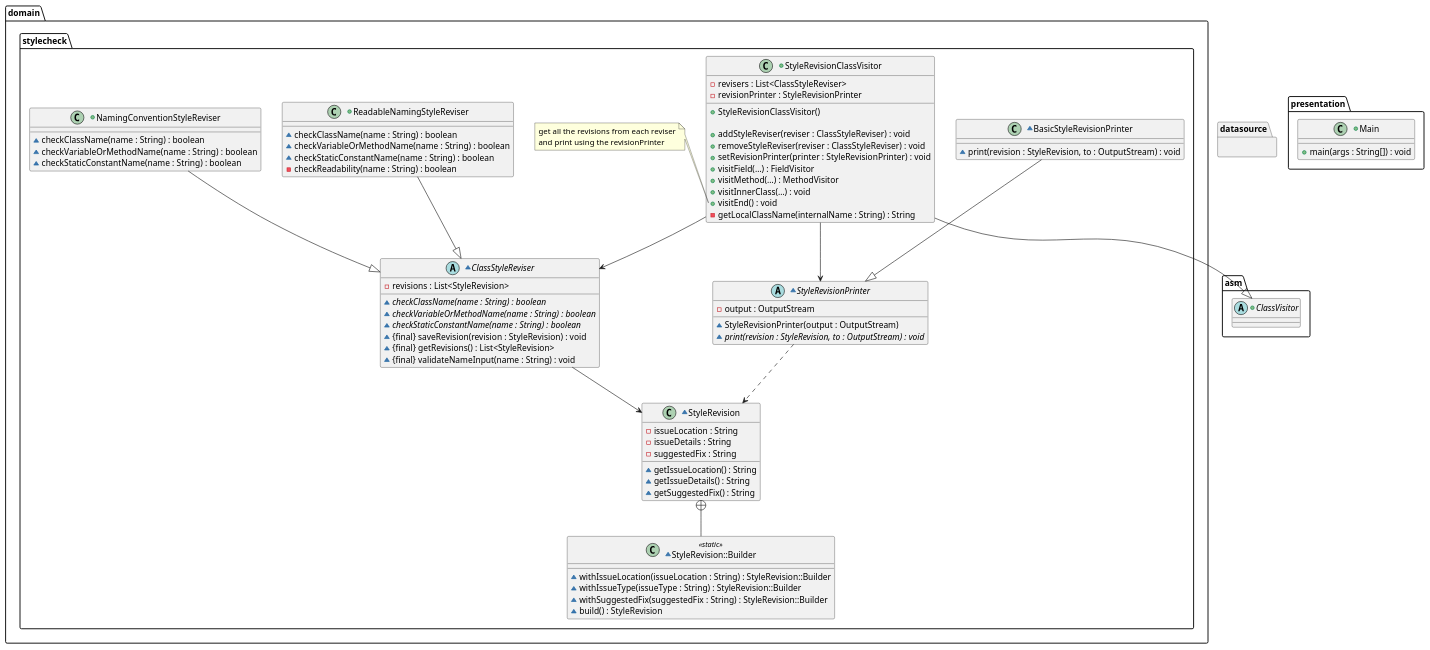
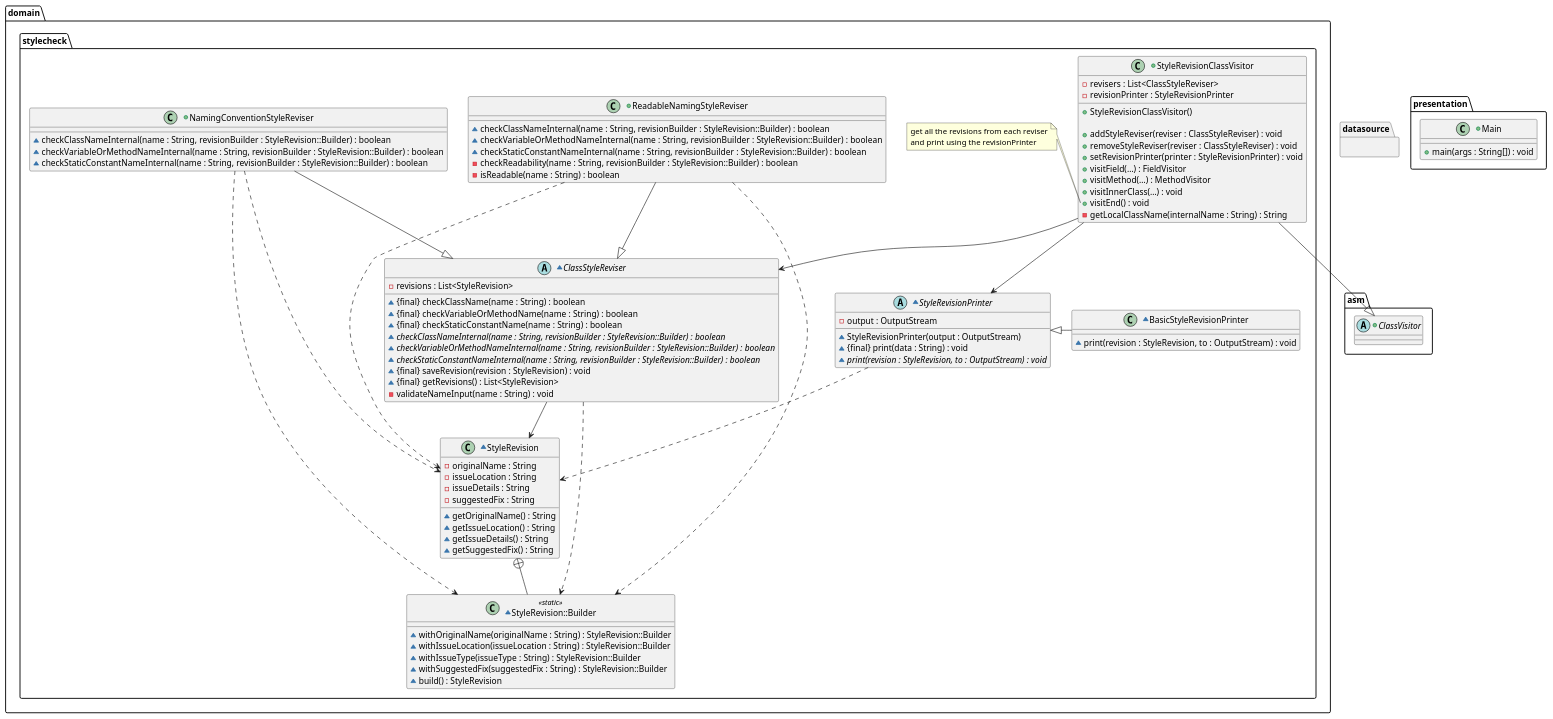
Before and after one commit to nu-cs-sw-design/project-20252601-xk-final: the diagram in docs/design/design.puml, drawn with PlantUML. The commit also changed 7 other files, not shown here.

Commit message:
Refactored some stylecheck classes to reduce code duplication; implemented bare-bones name readability check

```diff
--- a/docs/design/design.puml
+++ b/docs/design/design.puml
@@ -1,117 +1,130 @@
 @startuml
 package presentation
 {
     +class Main
     {
         +main(args : String[]) : void
     }
 }
 
 package domain
 {
     package stylecheck
     {
         +class StyleRevisionClassVisitor
         {
             -revisers : List<ClassStyleReviser>
             -revisionPrinter : StyleRevisionPrinter
 
             +StyleRevisionClassVisitor()
 
             +addStyleReviser(reviser : ClassStyleReviser) : void
             +removeStyleReviser(reviser : ClassStyleReviser) : void
             +setRevisionPrinter(printer : StyleRevisionPrinter) : void
             +visitField(…) : FieldVisitor
             +visitMethod(…) : MethodVisitor
             +visitInnerClass(…) : void
             +visitEnd() : void
             -getLocalClassName(internalName : String) : String
         }
         note left of StyleRevisionClassVisitor::visitEnd
           get all the revisions from each reviser
           and print using the revisionPrinter
         end note
 
         ~abstract class ClassStyleReviser
         {
             -revisions : List<StyleRevision>
 
-            ~{abstract} checkClassName(name : String) : boolean
-            ~{abstract} checkVariableOrMethodName(name : String) : boolean
-            ~{abstract} checkStaticConstantName(name : String) : boolean
+            ~{final} checkClassName(name : String) : boolean
+            ~{final} checkVariableOrMethodName(name : String) : boolean
+            ~{final} checkStaticConstantName(name : String) : boolean
+            ~{abstract} checkClassNameInternal(name : String, revisionBuilder : StyleRevision::Builder) : boolean
+            ~{abstract} checkVariableOrMethodNameInternal(name : String, revisionBuilder : StyleRevision::Builder) : boolean
+            ~{abstract} checkStaticConstantNameInternal(name : String, revisionBuilder : StyleRevision::Builder) : boolean
             ~{final} saveRevision(revision : StyleRevision) : void
             ~{final} getRevisions() : List<StyleRevision>
-            ~{final} validateNameInput(name : String) : void
+            -validateNameInput(name : String) : void
         }
 
         +class NamingConventionStyleReviser
         {
-            ~checkClassName(name : String) : boolean
-            ~checkVariableOrMethodName(name : String) : boolean
-            ~checkStaticConstantName(name : String) : boolean
+            ~checkClassNameInternal(name : String, revisionBuilder : StyleRevision::Builder) : boolean
+            ~checkVariableOrMethodNameInternal(name : String, revisionBuilder : StyleRevision::Builder) : boolean
+            ~checkStaticConstantNameInternal(name : String, revisionBuilder : StyleRevision::Builder) : boolean
         }
 
         +class ReadableNamingStyleReviser
         {
-            ~checkClassName(name : String) : boolean
-            ~checkVariableOrMethodName(name : String) : boolean
-            ~checkStaticConstantName(name : String) : boolean
-            -checkReadability(name : String) : boolean
+            ~checkClassNameInternal(name : String, revisionBuilder : StyleRevision::Builder) : boolean
+            ~checkVariableOrMethodNameInternal(name : String, revisionBuilder : StyleRevision::Builder) : boolean
+            ~checkStaticConstantNameInternal(name : String, revisionBuilder : StyleRevision::Builder) : boolean
+            -checkReadability(name : String, revisionBuilder : StyleRevision::Builder) : boolean
+            -isReadable(name : String) : boolean
         }
 
         ~class StyleRevision
         {
+            -originalName : String
             -issueLocation : String
             -issueDetails : String
             -suggestedFix : String
 
+            ~getOriginalName() : String
             ~getIssueLocation() : String
             ~getIssueDetails() : String
             ~getSuggestedFix() : String
         }
 
         ~class StyleRevision::Builder <<static>>
         {
+            ~withOriginalName(originalName : String) : StyleRevision::Builder
             ~withIssueLocation(issueLocation : String) : StyleRevision::Builder
             ~withIssueType(issueType : String) : StyleRevision::Builder
             ~withSuggestedFix(suggestedFix : String) : StyleRevision::Builder
             ~build() : StyleRevision
         }
 
         ~abstract class StyleRevisionPrinter
         {
             -output : OutputStream
 
             ~StyleRevisionPrinter(output : OutputStream)
+            ~{final} print(data : String) : void
             ~{abstract} print(revision : StyleRevision, to : OutputStream) : void
         }
 
         ~class BasicStyleRevisionPrinter
         {
             ~print(revision : StyleRevision, to : OutputStream) : void
         }
     }
 }
 
 package datasource
 {
 
 }
 
 package asm
 {
     +abstract class ClassVisitor
     {
     }
 }
 
 StyleRevisionClassVisitor --|> ClassVisitor
 StyleRevisionClassVisitor --> ClassStyleReviser
 StyleRevisionClassVisitor --> StyleRevisionPrinter
 NamingConventionStyleReviser --|> ClassStyleReviser
 ReadableNamingStyleReviser --|> ClassStyleReviser
 StyleRevision +-- StyleRevision::Builder
 ClassStyleReviser --> StyleRevision
+NamingConventionStyleReviser ..> StyleRevision
+ReadableNamingStyleReviser ..> StyleRevision
+ClassStyleReviser ..> StyleRevision::Builder
+NamingConventionStyleReviser ..> StyleRevision::Builder
+ReadableNamingStyleReviser ..> StyleRevision::Builder
 StyleRevisionPrinter ..> StyleRevision
-BasicStyleRevisionPrinter --|> StyleRevisionPrinter
+BasicStyleRevisionPrinter -l-|> StyleRevisionPrinter
 @enduml
```
